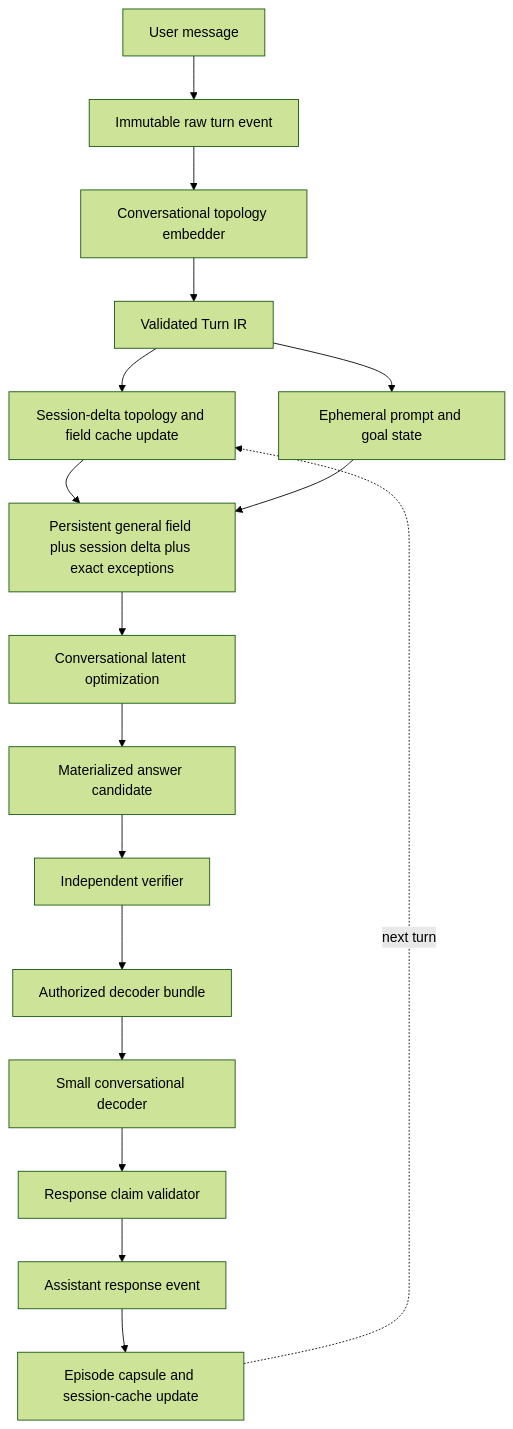
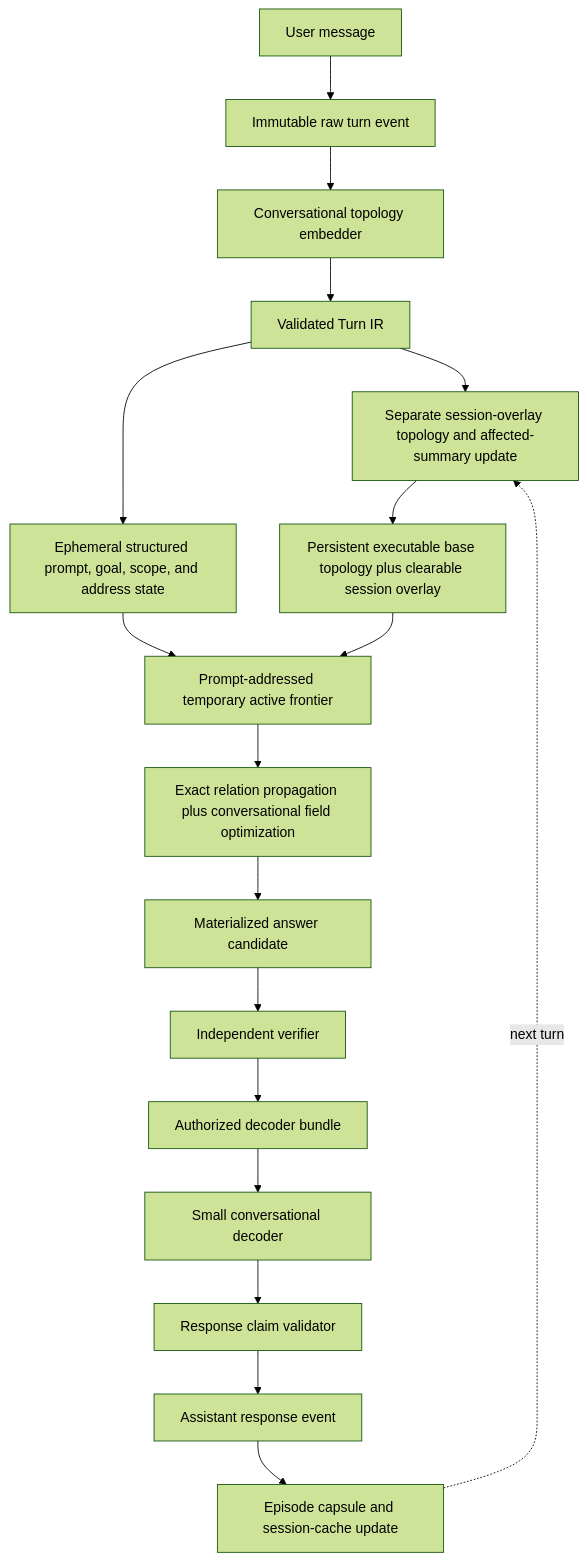
Before and after one commit to rishi-ie/LTM: the third of 8 diagrams in docs/architecture.md, drawn with Mermaid (forest theme). The commit also changed other lines of this file and 46 other files, not shown here.

Commit message:
Document executable topology architecture and MICRO-LTM-3 boundary

````diff
--- a/docs/architecture.md
+++ b/docs/architecture.md
@@ -134,25 +194,27 @@
 ```mermaid
 flowchart TD
     A["User message"]
     B["Immutable raw turn event"]
     C["Conversational topology embedder"]
     D["Validated Turn IR"]
-    E["Session-delta topology and field cache update"]
-    F["Ephemeral prompt and goal state"]
-    G["Persistent general field plus session delta plus exact exceptions"]
-    H["Conversational latent optimization"]
+    E["Separate session-overlay topology and affected-summary update"]
+    F["Ephemeral structured prompt, goal, scope, and address state"]
+    G["Persistent executable base topology plus clearable session overlay"]
+    P["Prompt-addressed temporary active frontier"]
+    H["Exact relation propagation plus conversational field optimization"]
     I["Materialized answer candidate"]
     J["Independent verifier"]
     K["Authorized decoder bundle"]
     L["Small conversational decoder"]
     M["Response claim validator"]
     N["Assistant response event"]
     O["Episode capsule and session-cache update"]
 
     A --> B --> C --> D
     D --> E
     D --> F
     E --> G
-    F --> G --> H --> I --> J --> K --> L --> M --> N --> O
+    F --> P
+    G --> P --> H --> I --> J --> K --> L --> M --> N --> O
     O -. "next turn" .-> E
 ```
````
